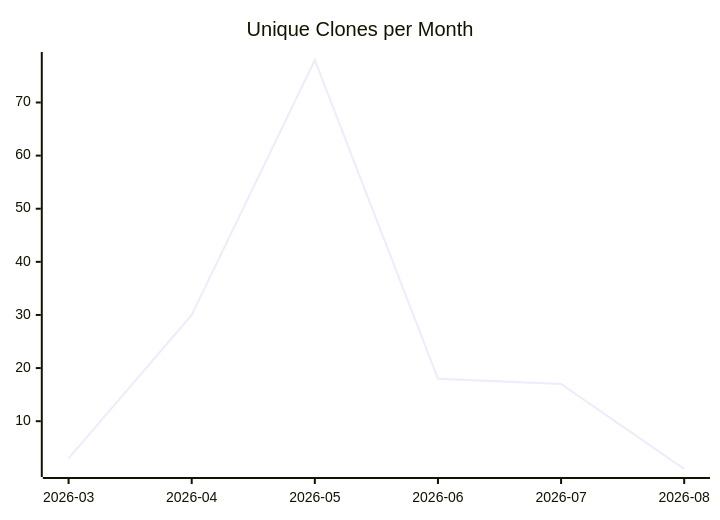
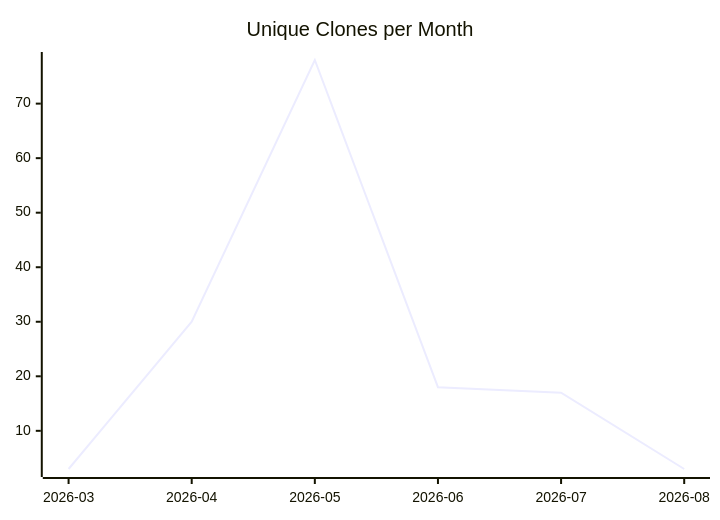
Before and after one commit to justdavis-family/github-analytics-data: the third of 3 diagrams in karlmdavis/justdavis-ansible/README.md, drawn with Mermaid. The commit also changed other lines of this file and 190 other files, not shown here.

````diff
--- a/karlmdavis/justdavis-ansible/README.md
+++ b/karlmdavis/justdavis-ansible/README.md
@@ -19,6 +19,6 @@
 ```mermaid
 xychart-beta
   title "Unique Clones per Month"
   x-axis ["2026-03", "2026-04", "2026-05", "2026-06", "2026-07", "2026-08"]
-  line [3, 30, 78, 18, 17, 1]
+  line [3, 30, 78, 18, 17, 3]
 ```
````
